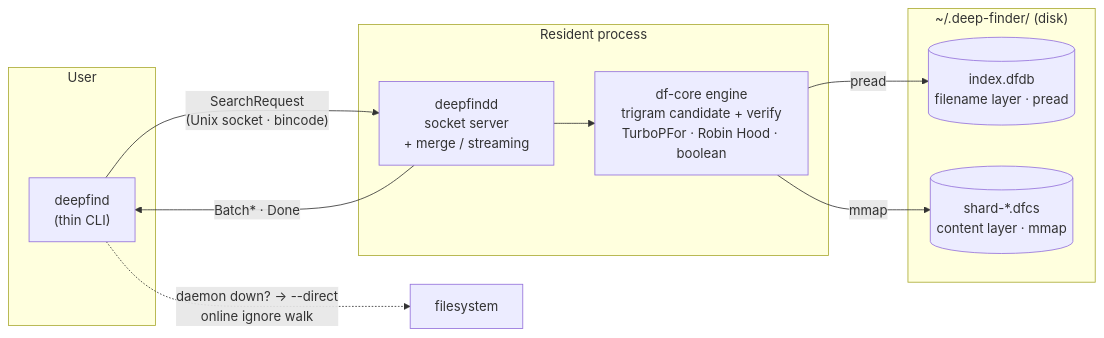
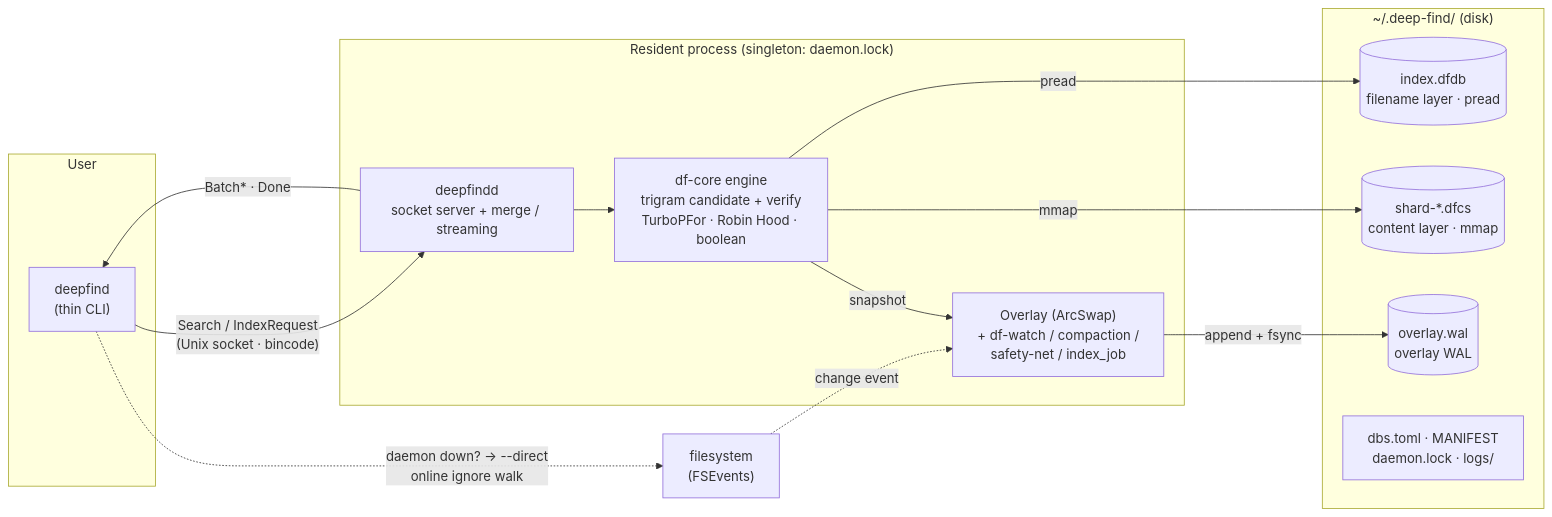
Before and after one commit to nadav-cheung/DeepFinder: the first of 6 diagrams in docs/architecture.md, drawn with Mermaid. The commit also changed other lines of this file and 3 other files, not shown here.

First line of the commit message:
docs: sync architecture/decisions/tech-selection/README to v0.1.6

````diff
--- a/docs/architecture.md
+++ b/docs/architecture.md
@@ -32,20 +34,26 @@
 ```mermaid
 flowchart LR
     subgraph User["User"]
         C["deepfind<br/>(thin CLI)"]
     end
-    subgraph Daemon["Resident process"]
-        D["deepfindd<br/>socket server<br/>+ merge / streaming"]
+    subgraph Daemon["Resident process (singleton: daemon.lock)"]
+        D["deepfindd<br/>socket server + merge / streaming"]
         ENG["df-core engine<br/>trigram candidate + verify<br/>TurboPFor · Robin Hood · boolean"]
+        OV["Overlay (ArcSwap)<br/>+ df-watch / compaction /<br/>safety-net / index_job"]
     end
-    subgraph Store["~/.deep-finder/ (disk)"]
+    subgraph Store["~/.deep-find/ (disk)"]
         FN[("index.dfdb<br/>filename layer · pread")]
         SH[("shard-*.dfcs<br/>content layer · mmap")]
+        WAL[("overlay.wal<br/>overlay WAL")]
+        REG["dbs.toml · MANIFEST<br/>daemon.lock · logs/"]
     end
-    C -->|"SearchRequest<br/>(Unix socket · bincode)"| D
+    FS["filesystem<br/>(FSEvents)"] -.->|"change event"| OV
+    OV -->|"append + fsync"| WAL
+    C -->|"Search / IndexRequest<br/>(Unix socket · bincode)"| D
     D --> ENG
     ENG -->|"pread"| FN
     ENG -->|"mmap"| SH
+    ENG -->|"snapshot"| OV
     D -->|"Batch* · Done"| C
-    C -.->|"daemon down? → --direct<br/>online ignore walk"| FS["filesystem"]
+    C -.->|"daemon down? → --direct<br/>online ignore walk"| FS
 ```
````
